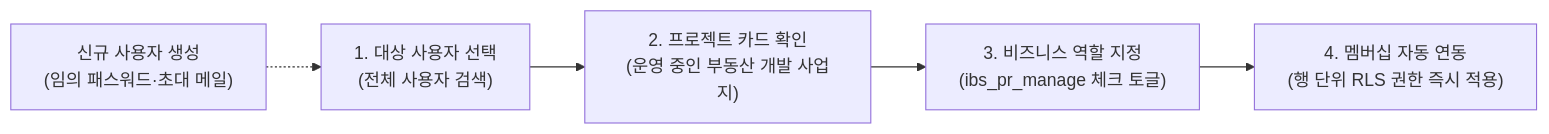
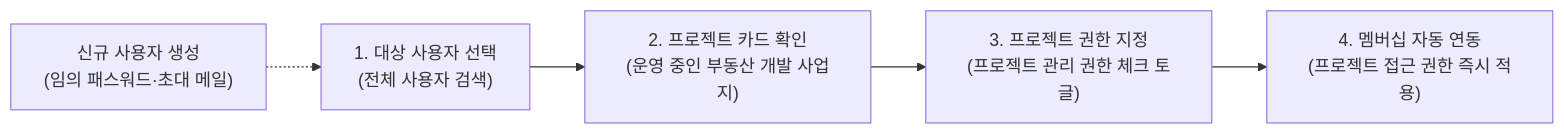
The diagram in app/vue/docs/authority/manage.md (nc2U/ibs), drawn with Mermaid before and after one commit. The commit also changed other lines of this file and 51 other files, not shown here.

````diff
--- a/app/vue/docs/authority/manage.md
+++ b/app/vue/docs/authority/manage.md
@@ -17,7 +16,7 @@
 ```mermaid
 flowchart LR
     A["1. 대상 사용자 선택<br/>(전체 사용자 검색)"] --> B["2. 프로젝트 카드 확인<br/>(운영 중인 부동산 개발 사업지)"]
     C["신규 사용자 생성<br/>(임의 패스워드·초대 메일)"] -.-> A
-    B --> D["3. 비즈니스 역할 지정<br/>(ibs_pr_manage 체크 토글)"]
-    D --> E["4. 멤버십 자동 연동<br/>(행 단위 RLS 권한 즉시 적용)"]
+    B --> D["3. 프로젝트 권한 지정<br/>(프로젝트 관리 권한 체크 토글)"]
+    D --> E["4. 멤버십 자동 연동<br/>(프로젝트 접근 권한 즉시 적용)"]
 ```
````
